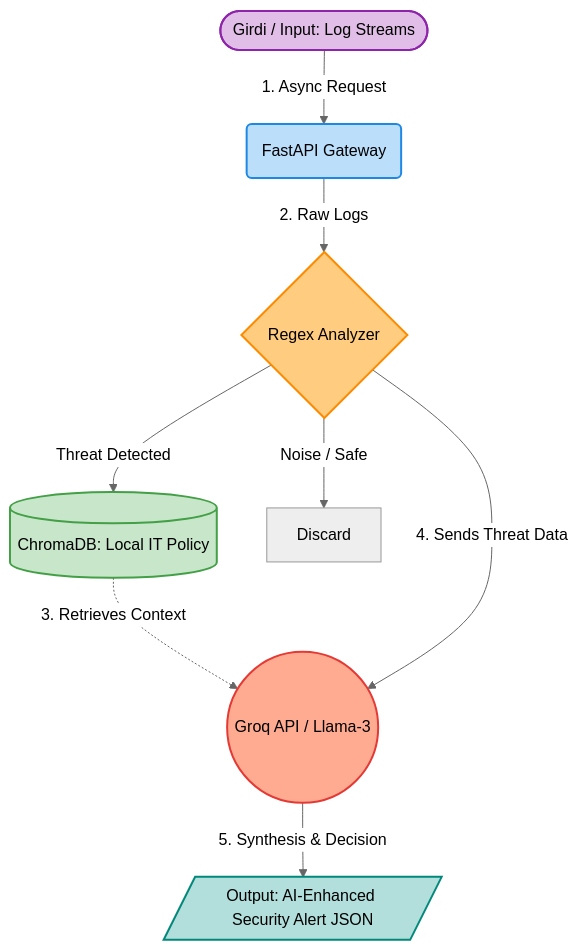
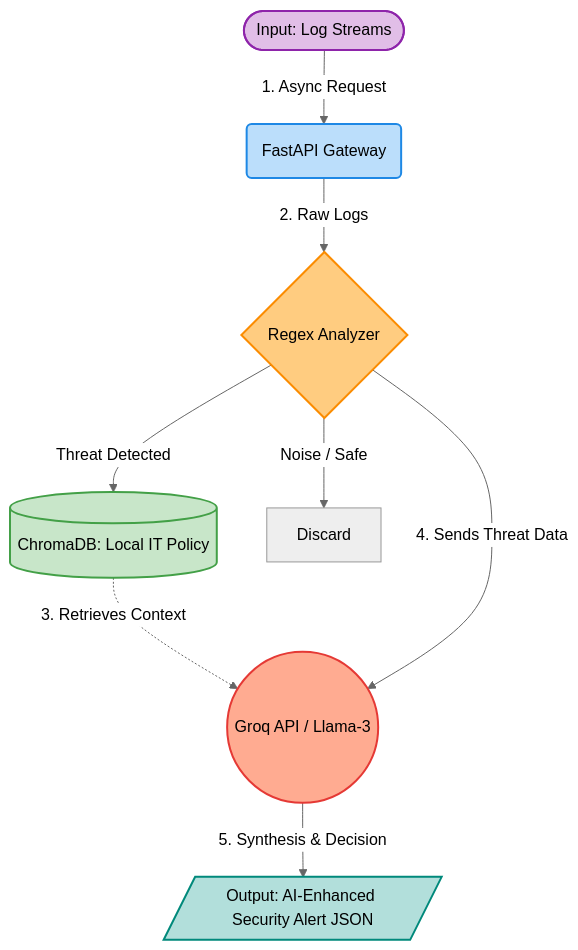
The diagram in README.md (recep-demir/ai_automation), drawn with Mermaid (neutral theme) before and after one commit.

Commit message:
docs: refine node and link definitions in system architecture diagram

````diff
--- a/README.md
+++ b/README.md
@@ -22,36 +22,36 @@
 ```mermaid
 graph TD
-    %% 1. Stilleri Tanımla (Class Definitions)
+    %% 1.Class Definitions
     classDef input fill:#e1bee7,stroke:#8e24aa,stroke-width:2px;
     classDef gateway fill:#bbdefb,stroke:#1e88e5,stroke-width:2px;
     classDef filter fill:#ffcc80,stroke:#fb8c00,stroke-width:2px;
     classDef db fill:#c8e6c9,stroke:#43a047,stroke-width:2px;
     classDef ai fill:#ffab91,stroke:#e53935,stroke-width:2px;
     classDef output fill:#b2dfdb,stroke:#00897b,stroke-width:2px;
 
-    %% 2. Düğümleri Tanımla (Node Definitions)
-    A([Girdi / Input: Log Streams])
+    %% 2. Node Definitions
+    A([Input: Log Streams])
     B(FastAPI Gateway)
     C{Regex Analyzer}
     D[(ChromaDB: Local IT Policy)]
     E((Groq API / Llama-3))
     F[/Output: AI-Enhanced Security Alert JSON/]
     Z[Discard]
 
-    %% 3. Bağlantıları Kur (Links)
+    %% 3. Links
     A -->|1. Async Request| B
     B -->|2. Raw Logs| C
     C -- "Noise / Safe" --> Z
     C -- "Threat Detected" --> D
     D -.->|3. Retrieves Context| E
     C -->|4. Sends Threat Data| E
     E -->|5. Synthesis & Decision| F
 
-    %% 4. Stilleri Uygula (Applying Classes)
+    %% 4. Applying Classes
     class A input;
     class B gateway;
     class C filter;
     class D db;
     class E ai;
     class F output;
 ```
````
